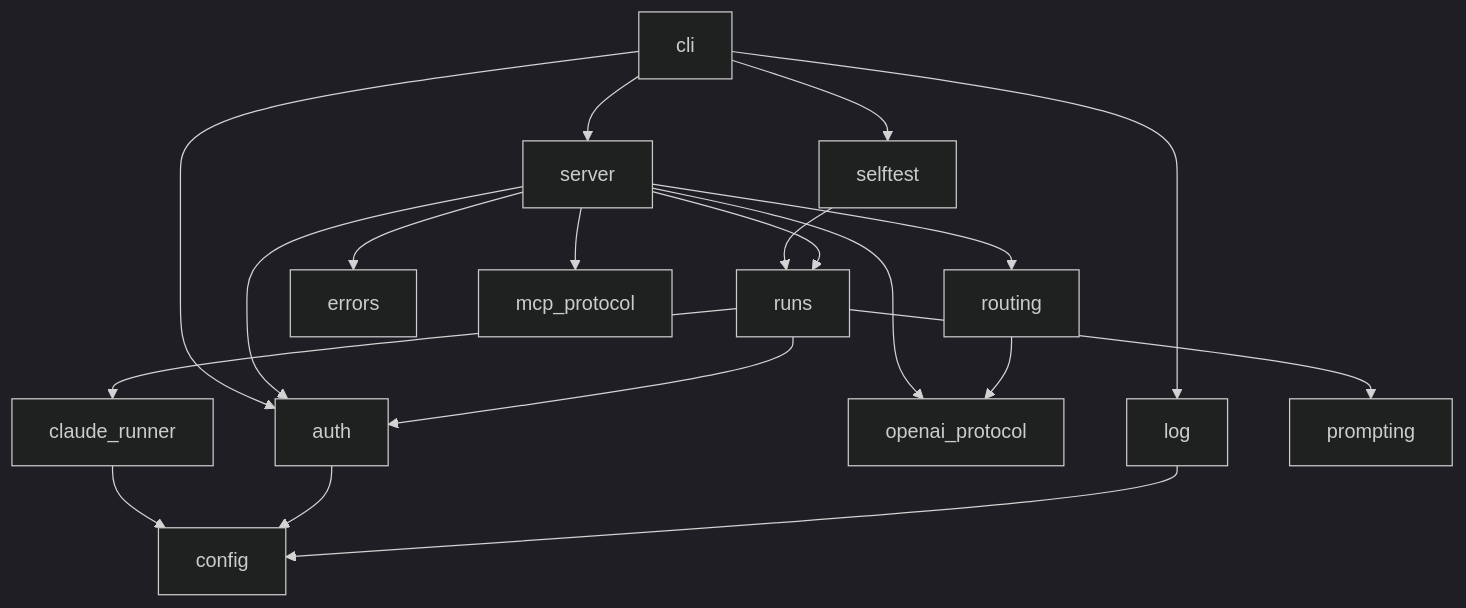
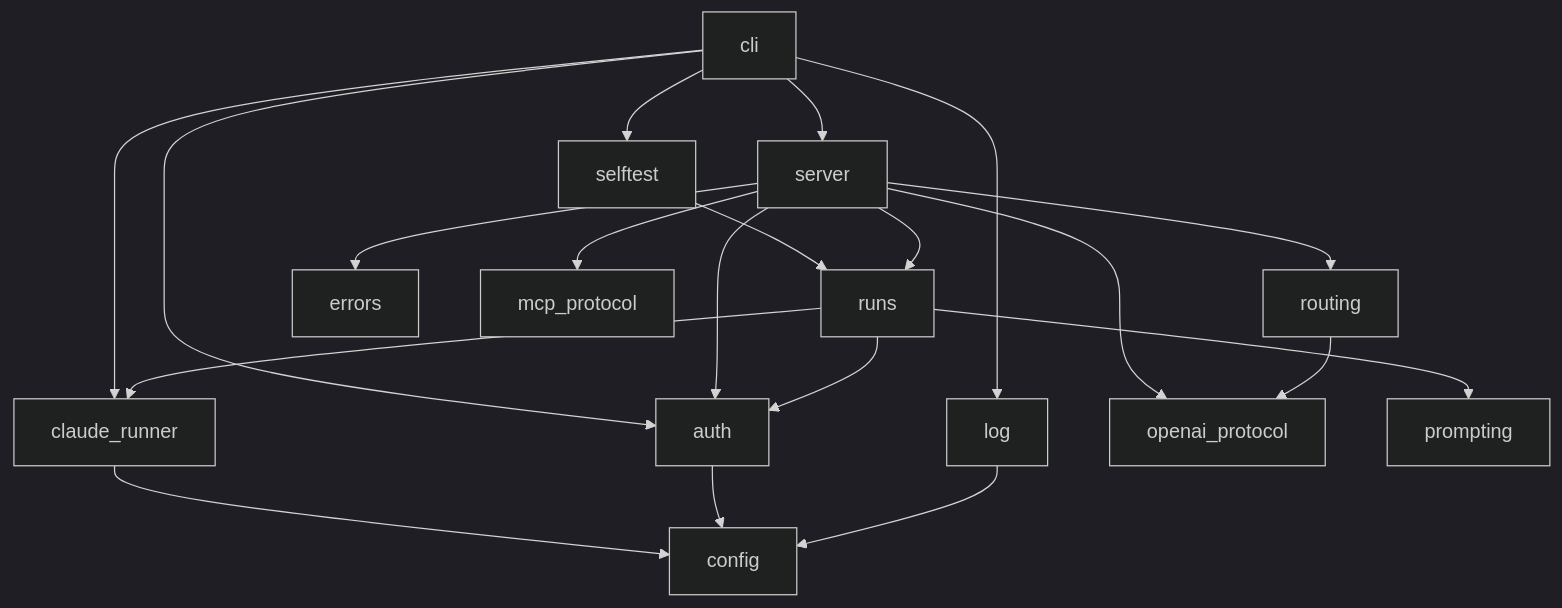
Before and after one commit to Towerism/con-claude-bridge: the third of 3 diagrams in docs/architecture.md, drawn with Mermaid (dark theme). The commit also changed other lines of this file and 5 other files, not shown here.

First line of the commit message:
docs: fix the findings from the architecture review (#5)

````diff
--- a/docs/architecture.md
+++ b/docs/architecture.md
@@ -169,21 +173,22 @@
 ```mermaid
 flowchart TD
     cli --> server
     cli --> selftest
     cli --> auth
     cli --> log
+    cli --> claude_runner
     selftest --> runs
     server --> routing
     server --> runs
     server --> errors
     server --> auth
     server --> openai_protocol
     server --> mcp_protocol
     routing --> openai_protocol
     runs --> claude_runner
     runs --> prompting
     runs --> auth
     claude_runner --> config
     auth --> config
     log --> config
 ```
````
